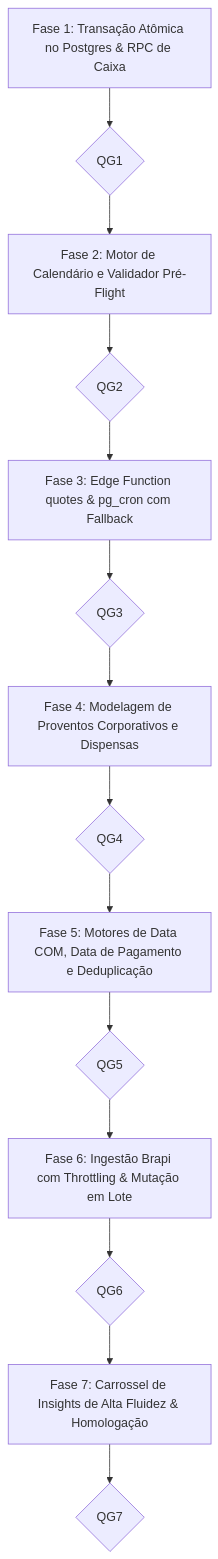
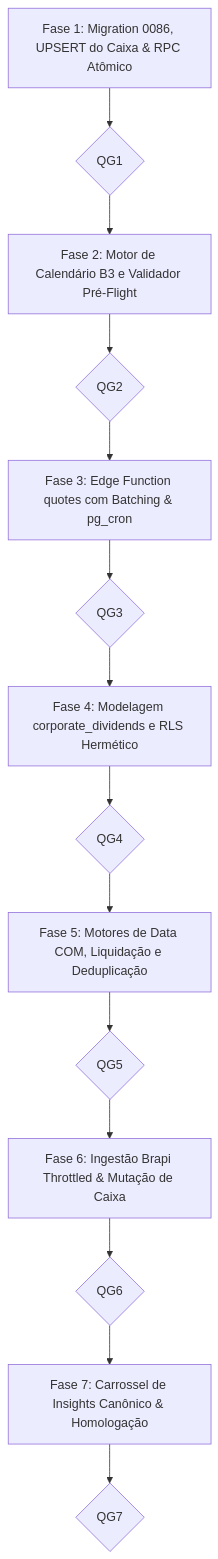
The diagram in docs/plans/05_PLANO_FECHAMENTO_AUTOMATICO_SNAPSHOTS_E_COTACAO.md (gabri3lsal3s/financasNew), drawn with Mermaid before and after one commit. The commit also changed other lines of this file and 91 other files, not shown here.

First line of the commit message:
feat(portfolio): implementar fechamento mensal automatico, proventos b3 e carrossel de insights (plano 05)

````diff
--- a/docs/plans/05_PLANO_FECHAMENTO_AUTOMATICO_SNAPSHOTS_E_COTACAO.md
+++ b/docs/plans/05_PLANO_FECHAMENTO_AUTOMATICO_SNAPSHOTS_E_COTACAO.md
@@ -61,16 +61,16 @@
 ```mermaid
 flowchart TD
-    Fase1[Fase 1: Transação Atômica no Postgres & RPC de Caixa] --> QG1{QG1}
-    QG1 --> Fase2[Fase 2: Motor de Calendário e Validador Pré-Flight]
+    Fase1[Fase 1: Migration 0086, UPSERT do Caixa & RPC Atômico] --> QG1{QG1}
+    QG1 --> Fase2[Fase 2: Motor de Calendário B3 e Validador Pré-Flight]
     Fase2 --> QG2{QG2}
-    QG2 --> Fase3[Fase 3: Edge Function quotes & pg_cron com Fallback]
+    QG2 --> Fase3[Fase 3: Edge Function quotes com Batching & pg_cron]
     Fase3 --> QG3{QG3}
-    QG3 --> Fase4[Fase 4: Modelagem de Proventos Corporativos e Dispensas]
+    QG3 --> Fase4[Fase 4: Modelagem corporate_dividends e RLS Hermético]
     Fase4 --> QG4{QG4}
-    QG4 --> Fase5[Fase 5: Motores de Data COM, Data de Pagamento e Deduplicação]
+    QG4 --> Fase5[Fase 5: Motores de Data COM, Liquidação e Deduplicação]
     Fase5 --> QG5{QG5}
-    QG5 --> Fase6[Fase 6: Ingestão Brapi com Throttling & Mutação em Lote]
+    QG5 --> Fase6[Fase 6: Ingestão Brapi Throttled & Mutação de Caixa]
     Fase6 --> QG6{QG6}
-    QG6 --> Fase7[Fase 7: Carrossel de Insights de Alta Fluidez & Homologação]
+    QG6 --> Fase7[Fase 7: Carrossel de Insights Canônico & Homologação]
     Fase7 --> QG7{QG7}
 ```
````
